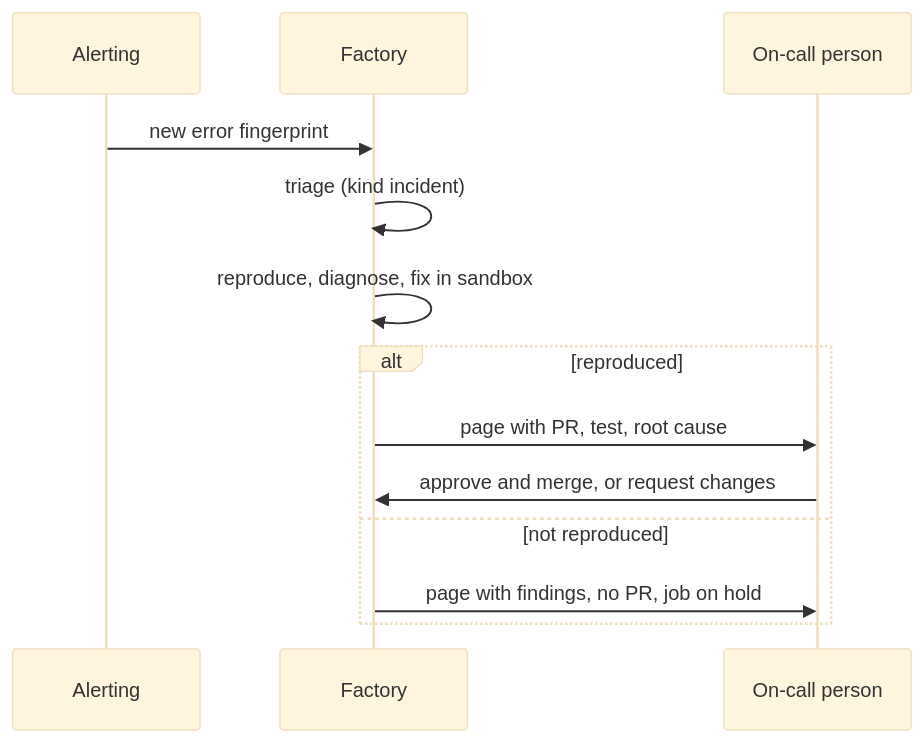
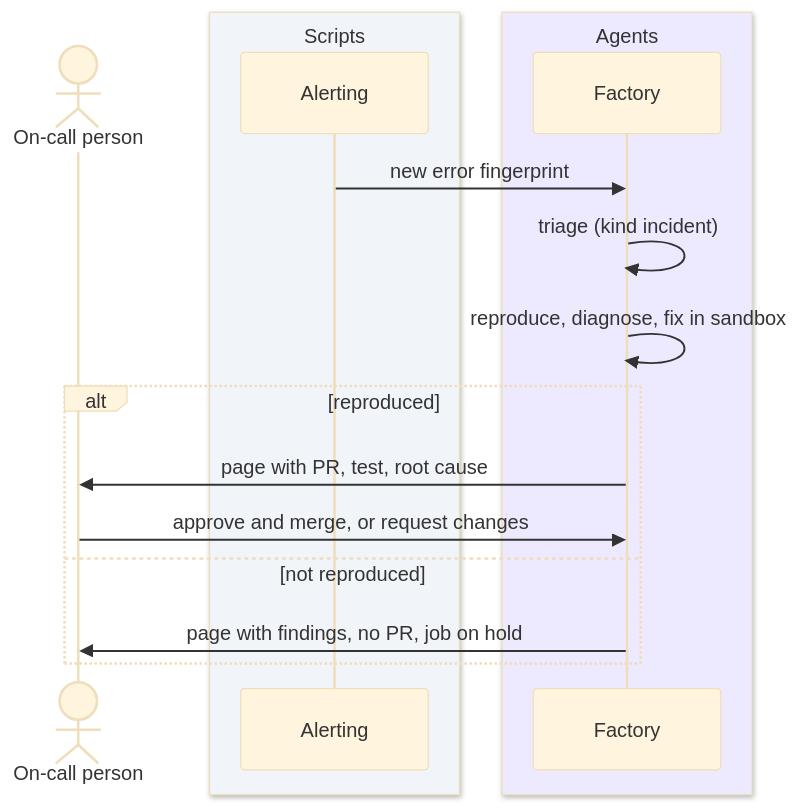
The diagram in docs/06-merge-policy/incidents.md (icelink-ai/software-factory-manifesto), drawn with Mermaid (base theme) before and after one commit. The commit also changed other lines of this file and 73 other files, not shown here.

````diff
--- a/docs/06-merge-policy/incidents.md
+++ b/docs/06-merge-policy/incidents.md
@@ -28,15 +43,19 @@
 ```mermaid
 sequenceDiagram
-    participant AL as Alerting
-    participant F as Factory
-    participant OC as On-call person
+    actor OC as On-call person
+    box rgb(241,245,249) Scripts
+        participant AL as Alerting
+    end
+    box rgb(237,233,254) Agents
+        participant F as Factory
+    end
     AL->>F: new error fingerprint
     F->>F: triage (kind incident)
     F->>F: reproduce, diagnose, fix in sandbox
     alt reproduced
         F->>OC: page with PR, test, root cause
         OC->>F: approve and merge, or request changes
     else not reproduced
         F->>OC: page with findings, no PR, job on hold
     end
 ```
````
